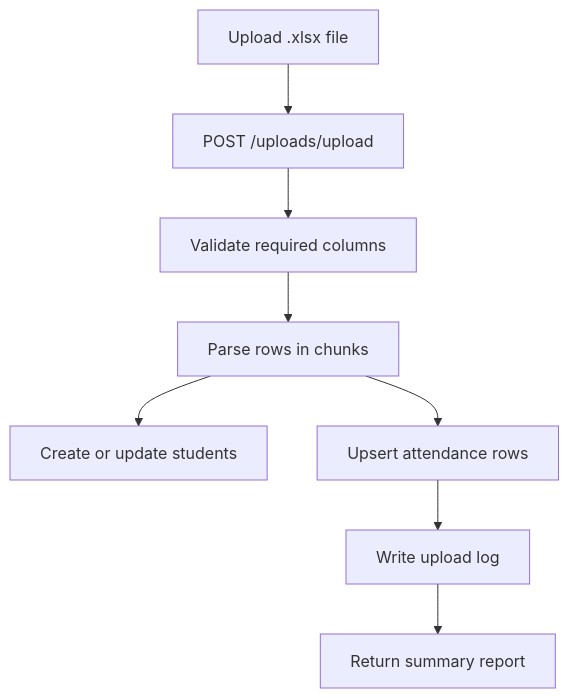
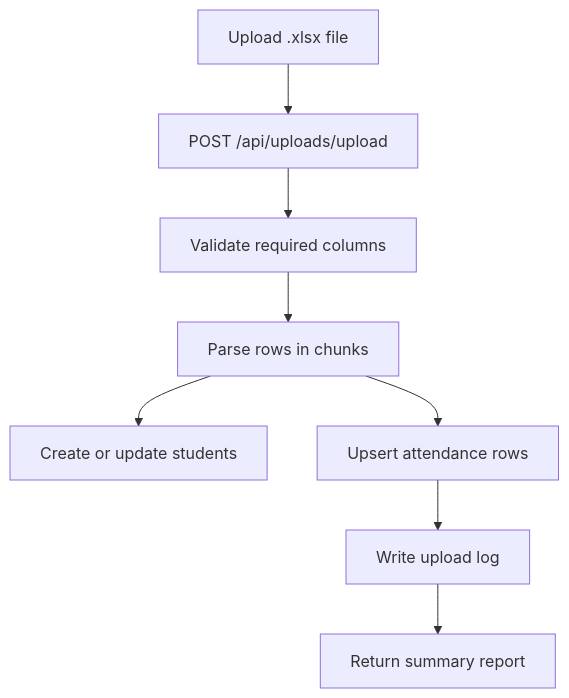
One commit to daoistmadness/operatoros changed the second of 2 diagrams in README.md. Above: the diagram before and after it, drawn with Mermaid. The commit also changed other lines of this file and 49 other files, not shown here.

````diff
--- a/README.md
+++ b/README.md
@@ -163,10 +134,10 @@
 ```mermaid
 flowchart TD
-  A[Upload .xlsx file] --> B[POST /uploads/upload]
+  A[Upload .xlsx file] --> B[POST /api/uploads/upload]
   B --> C[Validate required columns]
   C --> D[Parse rows in chunks]
   D --> E[Create or update students]
   D --> F[Upsert attendance rows]
   F --> G[Write upload log]
   G --> H[Return summary report]
 ```
````
